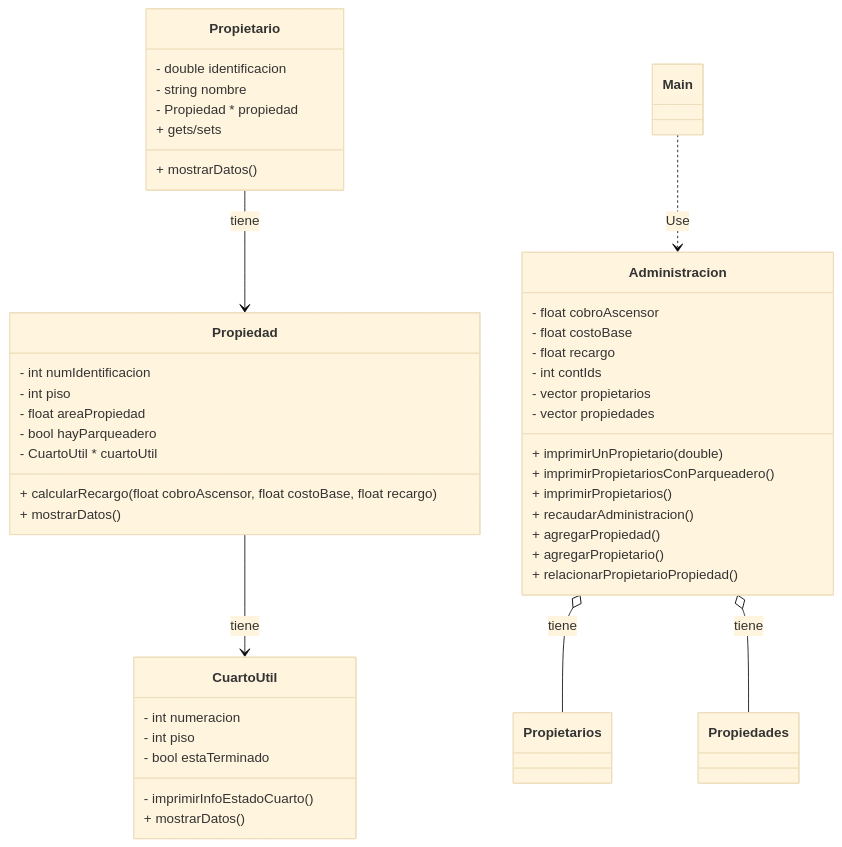
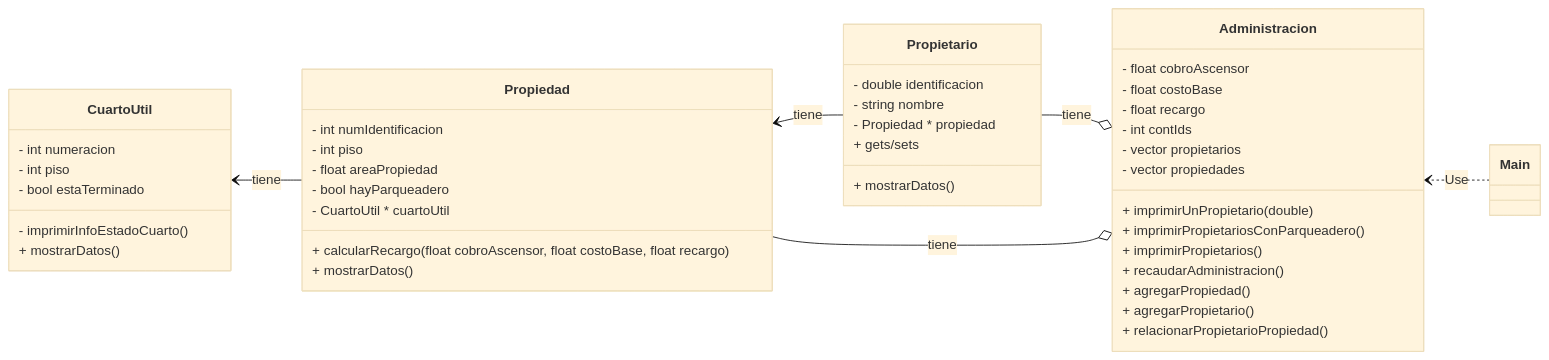
Before and after one commit to 300CIS017-Object-Oriented-Programming/memoria-din-hernanr2205: the diagram in README.md, drawn with Mermaid (base theme).

Commit message:
MOD actualiza dirección del diagrama y nombre de algunas clases

````diff
--- a/README.md
+++ b/README.md
@@ -84,53 +84,54 @@
 ```mermaid
 classDiagram
+    direction RL
     class Propietario {
         - double identificacion
         - string nombre
         - Propiedad * propiedad
         + mostrarDatos()
         + gets/sets
     }
 
     class Propiedad {
         - int numIdentificacion
         - int piso
         - float areaPropiedad
         - bool hayParqueadero
         - CuartoUtil * cuartoUtil
         + calcularRecargo(float cobroAscensor, float costoBase, float recargo)
         + mostrarDatos()
     }
 
     class CuartoUtil {
         - int numeracion
         - int piso
         - bool estaTerminado
         - imprimirInfoEstadoCuarto()
         + mostrarDatos()
     }
 
     class Administracion {
         - float cobroAscensor
         - float costoBase
         - float recargo
         - int contIds
         - vector<Propietario*> propietarios
         - vector<Propiedad*> propiedades
         + imprimirUnPropietario(double)
         + imprimirPropietariosConParqueadero()
         + imprimirPropietarios()
         + recaudarAdministracion()
         + agregarPropiedad()
         + agregarPropietario()
         + relacionarPropietarioPropiedad()
     }
 
     class Main {
     }
 
     Propietario --> Propiedad : tiene
     Propiedad --> CuartoUtil : tiene
-    Administracion o-- Propietarios : tiene
-    Administracion o-- Propiedades : tiene
+    Administracion o-- Propietario : tiene
+    Administracion o-- Propiedad : tiene
     Main ..> Administracion : Use
 ```
````
